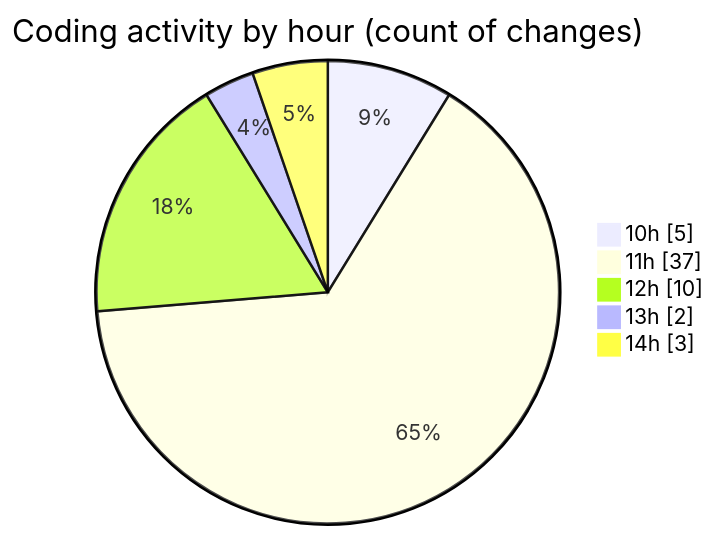
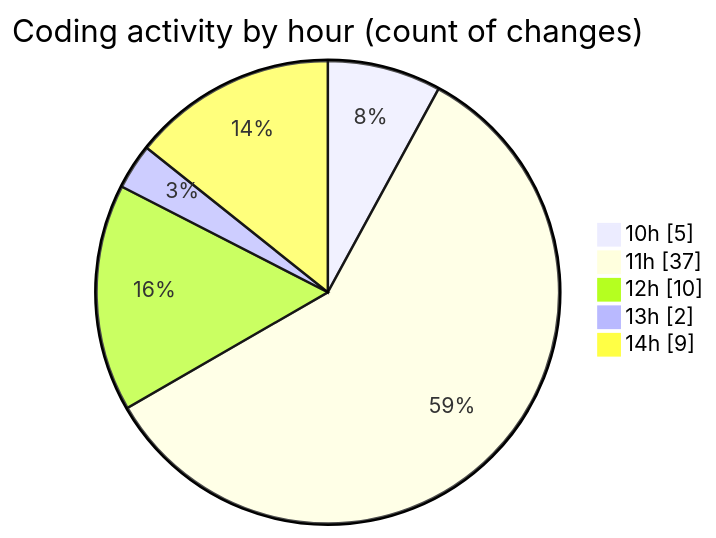
Before and after one commit to momahboobian/code-tracking: the second of 2 diagrams in 2025-07-07/cda/README.md, drawn with Mermaid. The commit also changed other lines of this file and 1 other file, not shown here.

````diff
--- a/2025-07-07/cda/README.md
+++ b/2025-07-07/cda/README.md
@@ -37,9 +37,9 @@
 ```mermaid
 pie showData
 title Coding activity by hour (count of changes)
 "10h" : 5
 "11h" : 37
 "12h" : 10
 "13h" : 2
-"14h" : 3
+"14h" : 9
 ```
````
